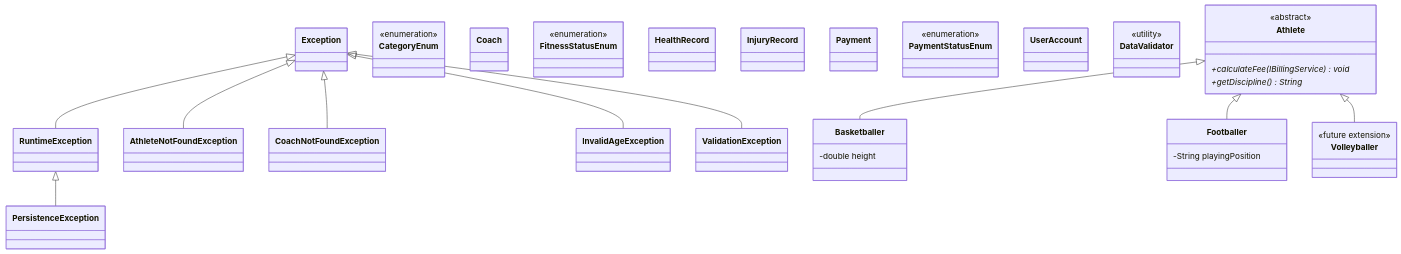
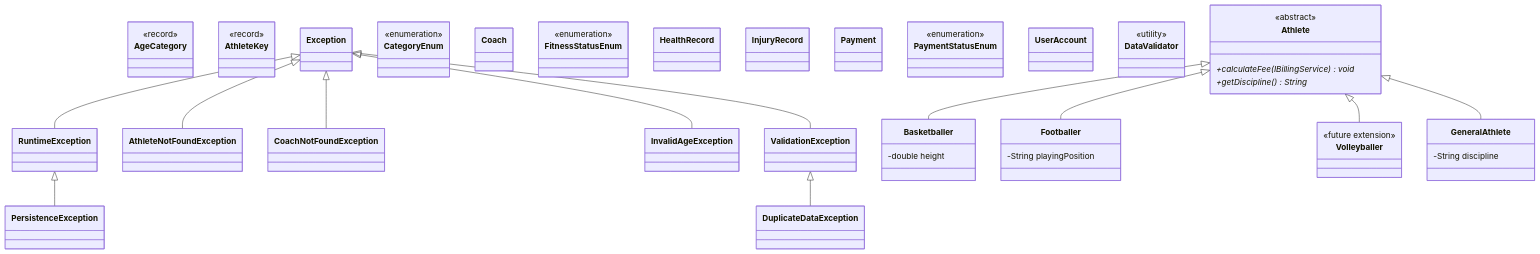
The first of 4 diagrams in docs/hierarchy-diagram.md (miltonmaldonado333/AuraTech), drawn with Mermaid before and after one commit. The commit also changed other lines of this file and 2 other files, not shown here.

Commit message:
docs: actualizando diagramas

````diff
--- a/docs/hierarchy-diagram.md
+++ b/docs/hierarchy-diagram.md
@@ -11,52 +11,64 @@
 ```mermaid
 classDiagram
     direction TB
+    class DuplicateDataException
+    class AgeCategory {
+        <<record>>
+    }
+    class AthleteKey {
+        <<record>>
+    }
+    class GeneralAthlete {
+        -String discipline
+    }
     class AthleteNotFoundException
     class CoachNotFoundException
     class InvalidAgeException
     class PersistenceException
     class ValidationException
     class Athlete {
         <<abstract>>
         +calculateFee(IBillingService)* void
         +getDiscipline()* String
     }
     class Basketballer {
         -double height
     }
     class CategoryEnum {
         <<enumeration>>
     }
     class Coach
     class FitnessStatusEnum {
         <<enumeration>>
     }
     class Footballer {
         -String playingPosition
     }
     class HealthRecord
     class InjuryRecord
     class Payment
     class PaymentStatusEnum {
         <<enumeration>>
     }
     class UserAccount
     class DataValidator {
         <<utility>>
     }
     class Exception
     class RuntimeException
 
     Exception <|-- RuntimeException
     Exception <|-- AthleteNotFoundException
     Exception <|-- CoachNotFoundException
     Exception <|-- InvalidAgeException
     RuntimeException <|-- PersistenceException
     Exception <|-- ValidationException
     Athlete <|-- Basketballer
     Athlete <|-- Footballer
     class Volleyballer {
         <<future extension>>
     }
     Athlete <|-- Volleyballer
+    ValidationException <|-- DuplicateDataException
+    Athlete <|-- GeneralAthlete
 ```
````
